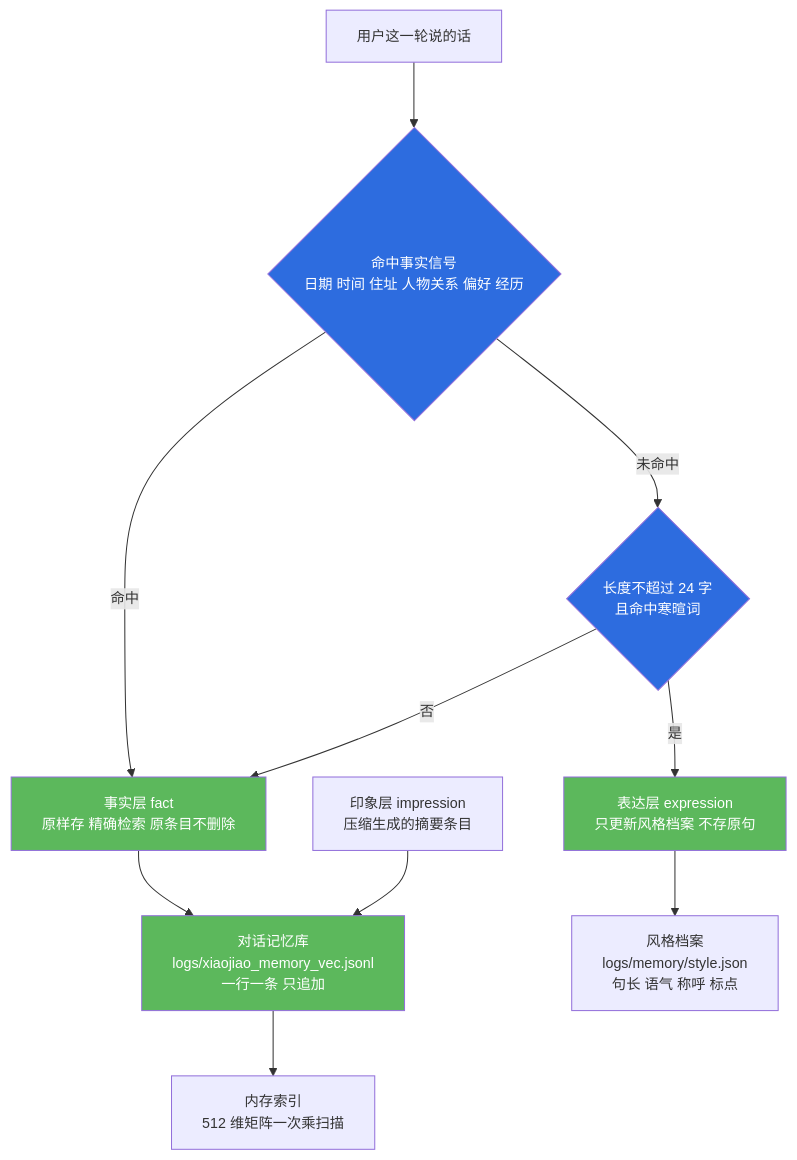
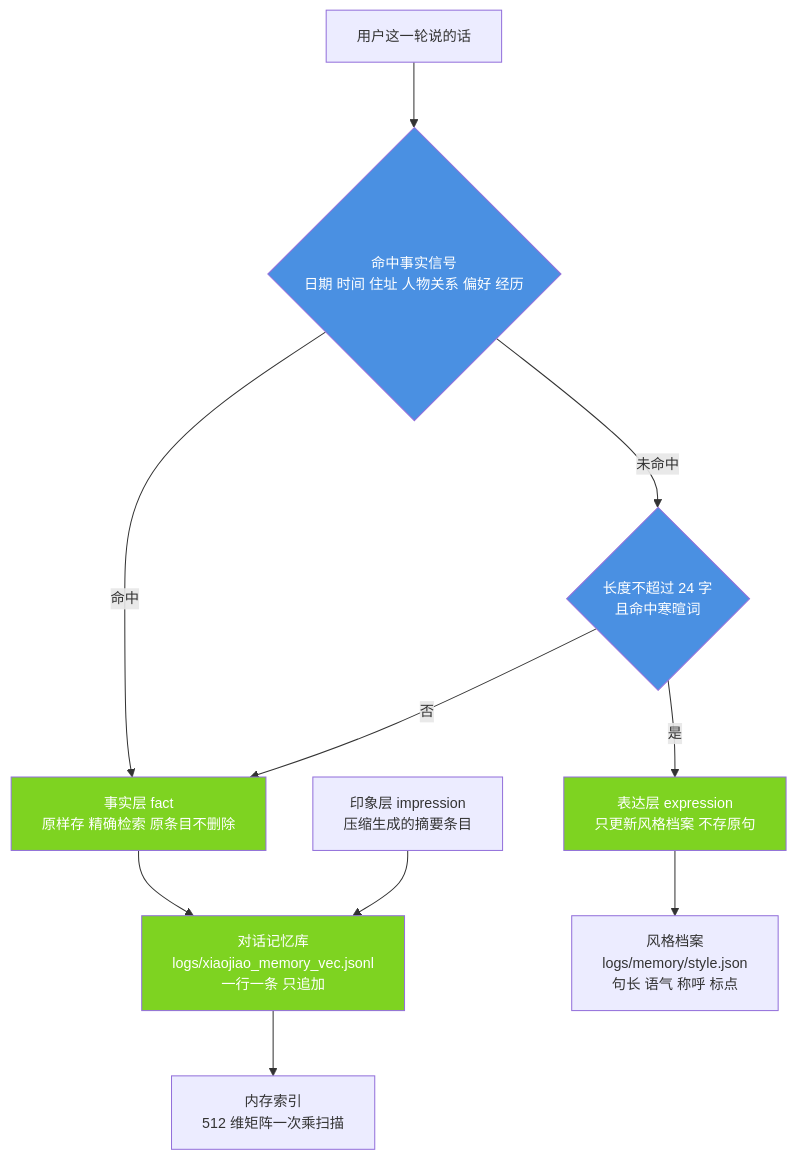
The first of 5 diagrams in docs/modules/03-memory-depth.md (jiangchuangege/xiaojiao-harnees), drawn with Mermaid before and after one commit. The commit also changed other lines of this file and 32 other files, not shown here.

Commit message:
统一：全仓原理图配色到一套调色板 + 给 12 张灰图补色 + 修正自己会睡那张过期图

````diff
--- a/docs/modules/03-memory-depth.md
+++ b/docs/modules/03-memory-depth.md
@@ -115,19 +115,19 @@
 ```mermaid
 %%{init: {"themeVariables": {"fontSize": "14px"}, "flowchart": {"htmlLabels": true, "wrappingWidth": 340, "nodeSpacing": 46, "rankSpacing": 64, "useMaxWidth": true}}}%%
 flowchart TB
     IN["用户这一轮说的话"] --> C1{"命中事实信号<br/>日期 时间 住址 人物关系 偏好 经历"}
     C1 -->|命中| F["事实层 fact<br/>原样存 精确检索 原条目不删除"]
     C1 -->|未命中| C2{"长度不超过 24 字<br/>且命中寒暄词"}
     C2 -->|是| E["表达层 expression<br/>只更新风格档案 不存原句"]
     C2 -->|否| F
     F --> V["对话记忆库<br/>logs/xiaojiao_memory_vec.jsonl<br/>一行一条 只追加"]
     E --> ST["风格档案<br/>logs/memory/style.json<br/>句长 语气 称呼 标点"]
     IMP["印象层 impression<br/>压缩生成的摘要条目"] --> V
     V --> IDX["内存索引<br/>512 维矩阵一次乘扫描"]
 
-    style C1 fill:#2d6cdf,color:#fff
-    style C2 fill:#2d6cdf,color:#fff
-    style F fill:#5cb85c,color:#fff
-    style E fill:#5cb85c,color:#fff
-    style V fill:#5cb85c,color:#fff
+    style C1 fill:#4A90E2,color:#fff
+    style C2 fill:#4A90E2,color:#fff
+    style F fill:#7ED321,color:#fff
+    style E fill:#7ED321,color:#fff
+    style V fill:#7ED321,color:#fff
 ```
````
